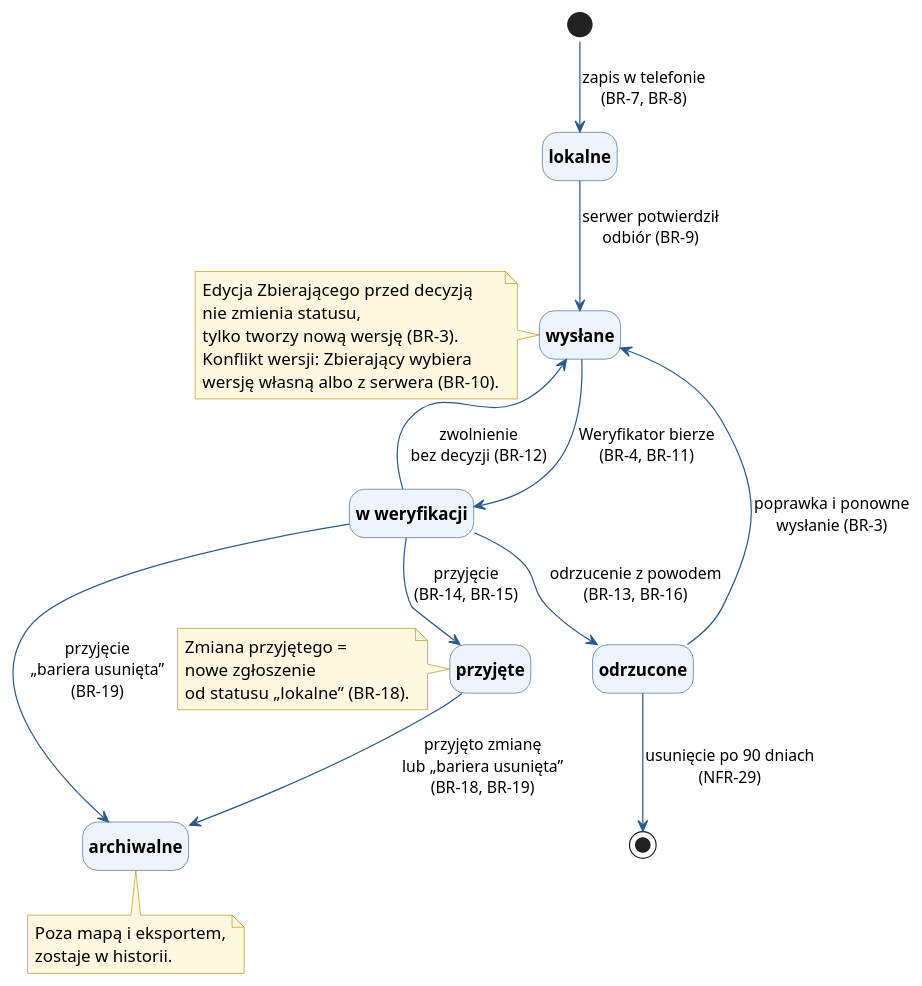
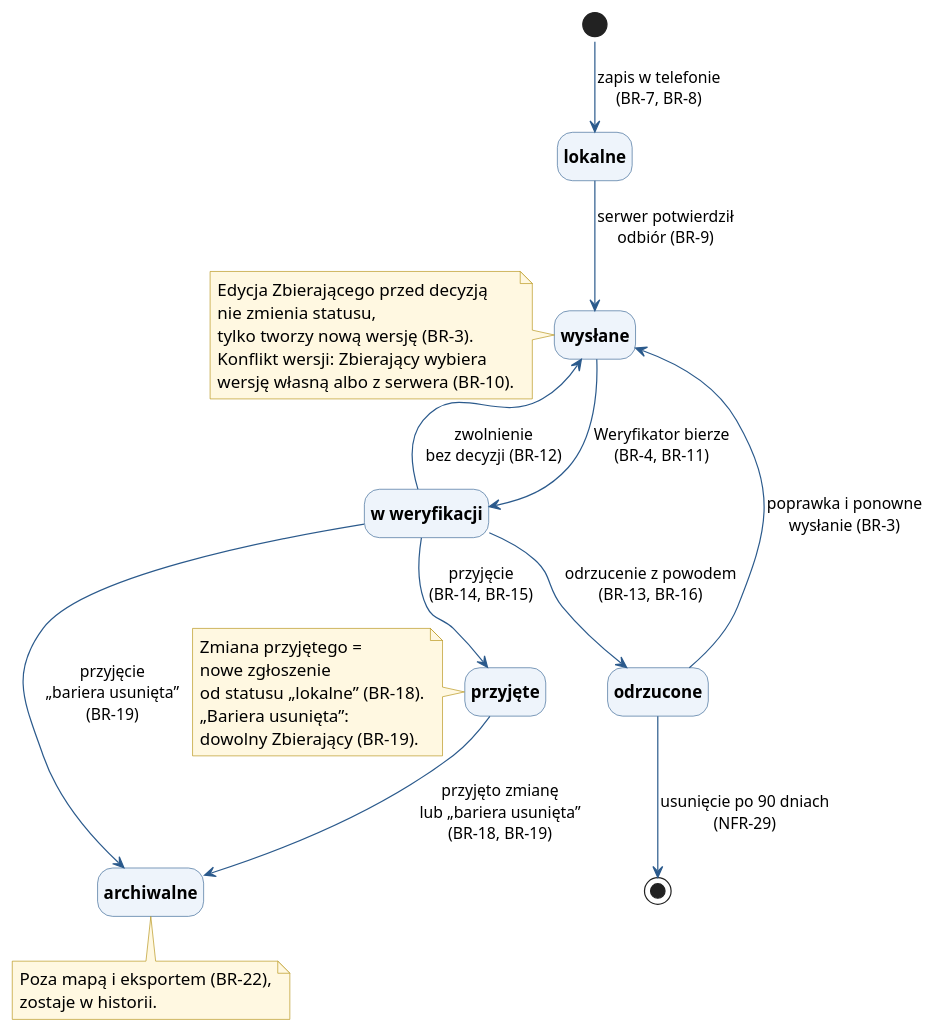
The diagram in docs/docs/biznes/cykl-zgloszenia.puml (dostepny-kampus/dostepny-kampus), drawn with PlantUML before and after one commit. The commit also changed 1 other file, not shown here.

```diff
--- a/docs/docs/biznes/cykl-zgloszenia.puml
+++ b/docs/docs/biznes/cykl-zgloszenia.puml
@@ -1,53 +1,55 @@
 @startuml
 !pragma layout smetana
 hide empty description
 skinparam defaultFontSize 14
 skinparam ArrowColor #2B5A8C
 skinparam ArrowFontSize 13
 skinparam state {
   BackgroundColor #EEF4FB
   BorderColor #2B5A8C
   FontStyle bold
 }
 skinparam note {
   BackgroundColor #FFF8E1
   BorderColor #B08900
 }
 
 state "lokalne" as L
 state "wysłane" as W
 state "w weryfikacji" as V
 state "przyjęte" as P
 state "odrzucone" as O
 state "archiwalne" as A
 
 [*] --> L : zapis w telefonie\n(BR-7, BR-8)
 L --> W : serwer potwierdził\nodbiór (BR-9)
 W --> V : Weryfikator bierze\n(BR-4, BR-11)
 V --> W : zwolnienie\nbez decyzji (BR-12)
 V --> P : przyjęcie\n(BR-14, BR-15)
 V --> O : odrzucenie z powodem\n(BR-13, BR-16)
 O --> W : poprawka i ponowne\nwysłanie (BR-3)
 O --> [*] : usunięcie po 90 dniach\n(NFR-29)
 P --> A : przyjęto zmianę\nlub „bariera usunięta”\n(BR-18, BR-19)
 V --> A : przyjęcie\n„bariera usunięta”\n(BR-19)
 
 note left of P
   Zmiana przyjętego =
   nowe zgłoszenie
   od statusu „lokalne” (BR-18).
+  „Bariera usunięta”:
+  dowolny Zbierający (BR-19).
 end note
 
 note bottom of A
-  Poza mapą i eksportem,
+  Poza mapą i eksportem (BR-22),
   zostaje w historii.
 end note
 
 note left of W
   Edycja Zbierającego przed decyzją
   nie zmienia statusu,
   tylko tworzy nową wersję (BR-3).
   Konflikt wersji: Zbierający wybiera
   wersję własną albo z serwera (BR-10).
 end note
 @enduml
```
